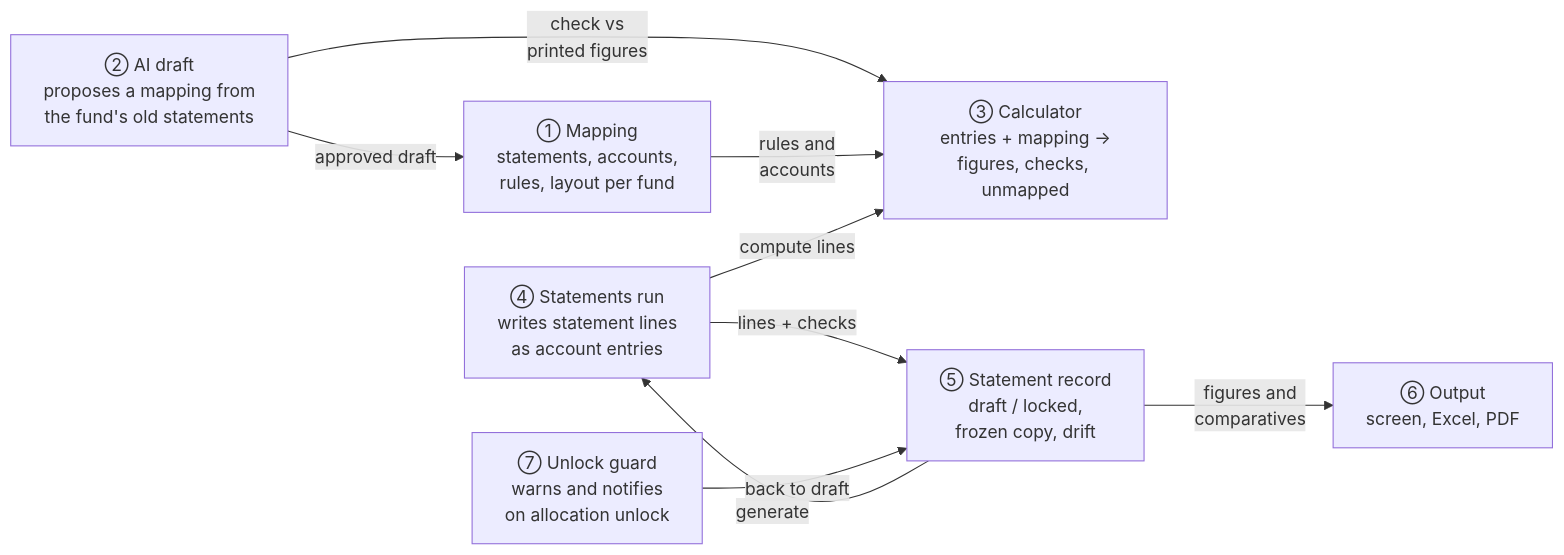
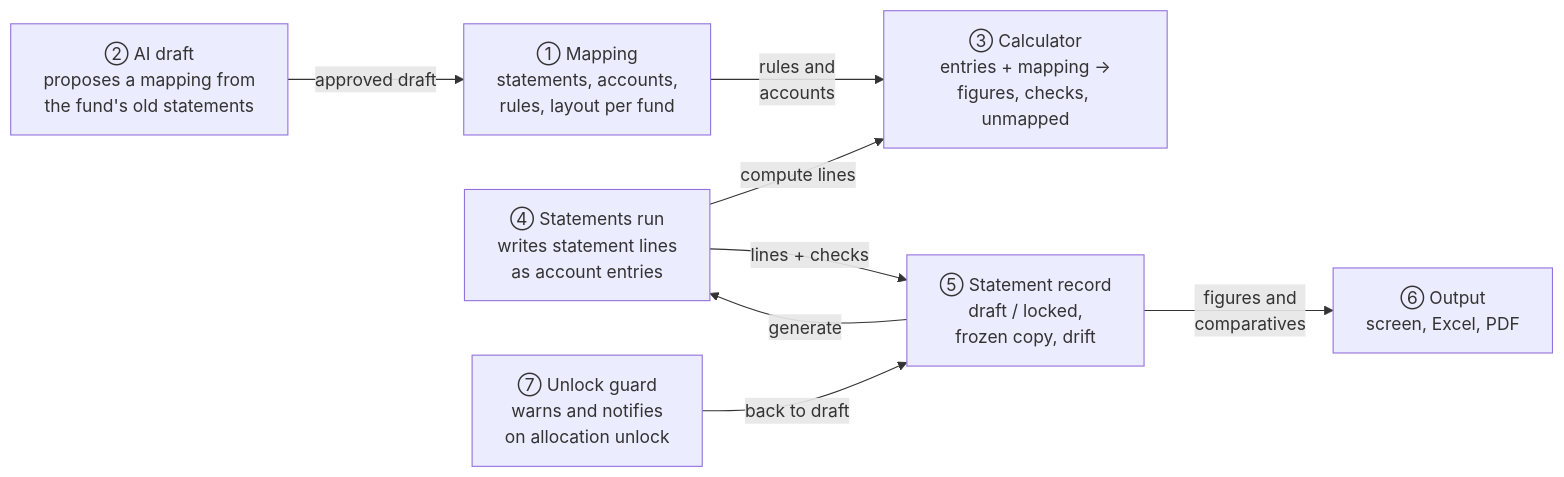
Before and after one commit to sampadadiwan/IRM_CompanyMain: the first of 16 diagrams in openspec/changes/fund-financial-statements/design.md, drawn with Mermaid. The commit also changed other lines of this file and 104 other files, not shown here.

````diff
--- a/openspec/changes/fund-financial-statements/design.md
+++ b/openspec/changes/fund-financial-statements/design.md
@@ -68,18 +68,17 @@
 ```mermaid
 flowchart LR
     M["① Mapping<br/>statements, accounts,<br/>rules, layout per fund"]
     A["② AI draft<br/>proposes a mapping from<br/>the fund's old statements"]
     C["③ Calculator<br/>entries + mapping →<br/>figures, checks, unmapped"]
     R["④ Statements run<br/>writes statement lines<br/>as account entries"]
     S["⑤ Statement record<br/>draft / locked,<br/>frozen copy, drift"]
     O["⑥ Output<br/>screen, Excel, PDF"]
     U["⑦ Unlock guard<br/>warns and notifies<br/>on allocation unlock"]
     A -- "approved draft" --> M
-    A -- "check vs<br/>printed figures" --> C
     M -- "rules and<br/>accounts" --> C
     S -- "generate" --> R
     R -- "compute lines" --> C
     R -- "lines + checks" --> S
     S -- "figures and<br/>comparatives" --> O
     U -- "back to draft" --> S
 ```
````
